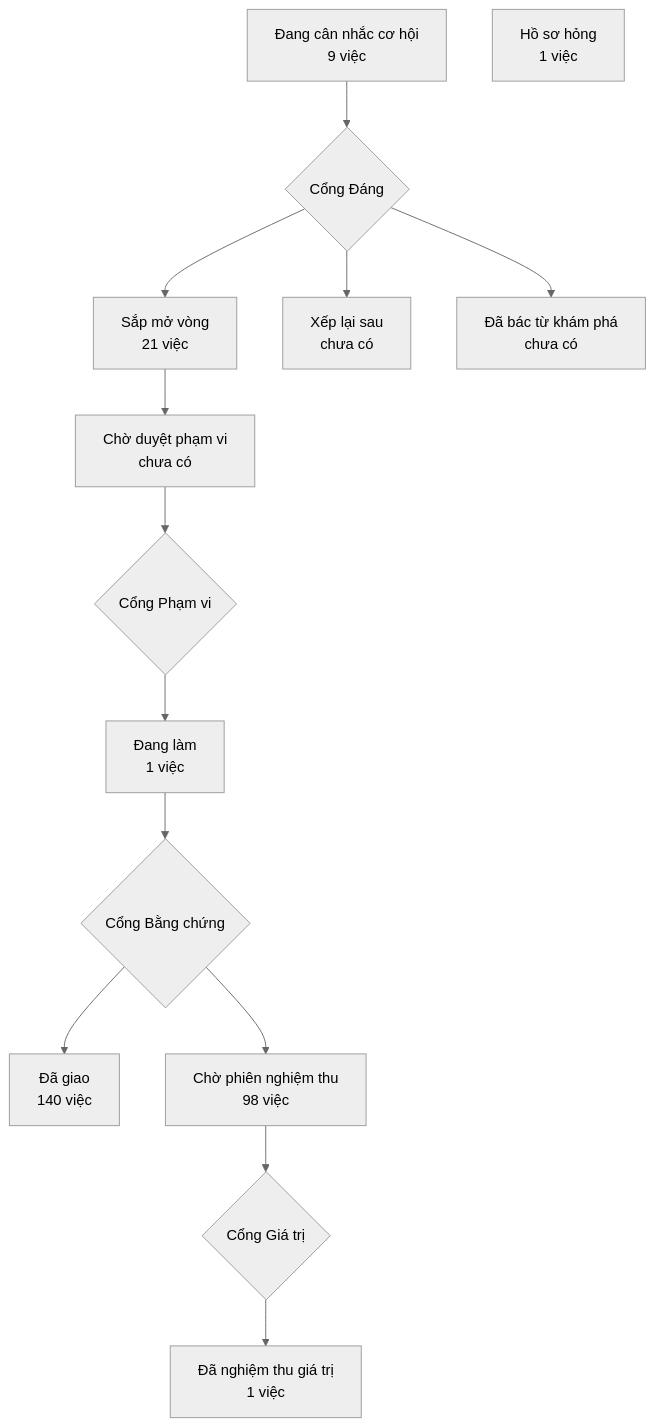
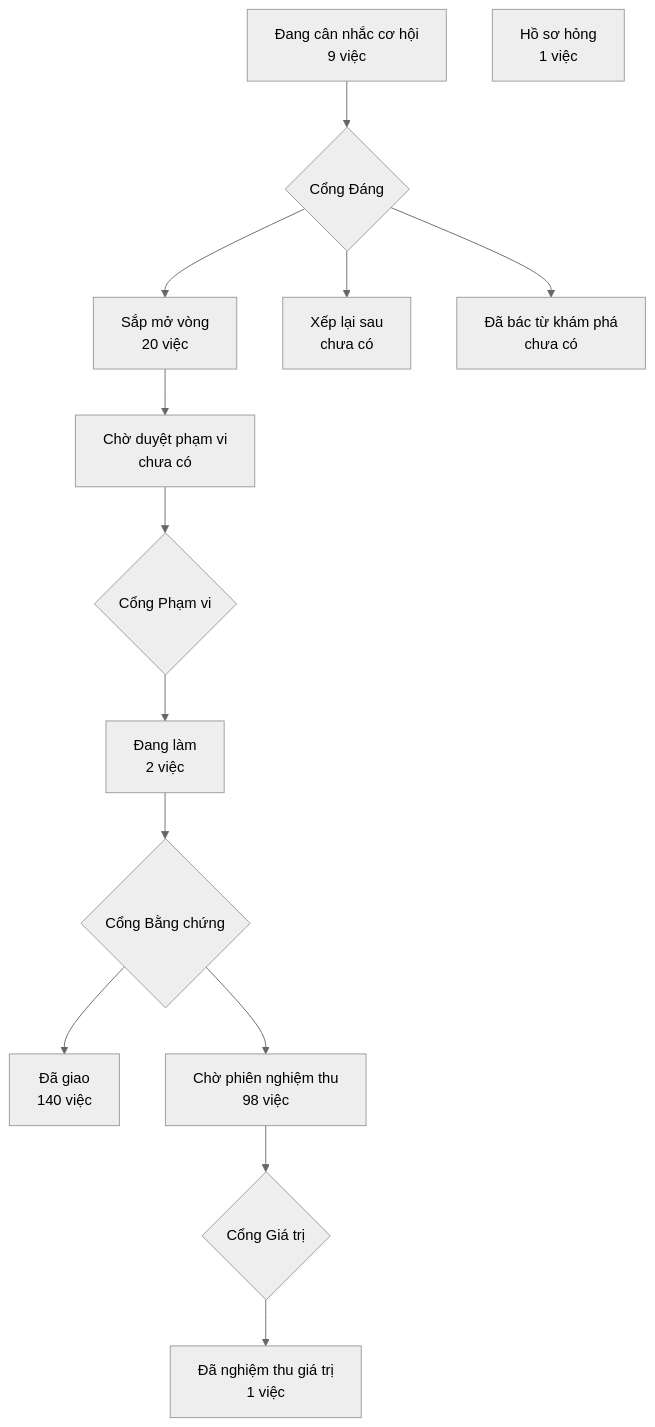
The diagram in PRODUCT-MAP.md (phanlemanh/crm-onehub), drawn with Mermaid (neutral theme) before and after one commit. The commit also changed other lines of this file and 4 other files, not shown here.

````diff
--- a/PRODUCT-MAP.md
+++ b/PRODUCT-MAP.md
@@ -7,13 +7,13 @@
 ```mermaid
 flowchart TD
   A["Đang cân nhắc cơ hội<br/>9 việc"] --> GD{"Cổng Đáng"}
-  GD --> B["Sắp mở vòng<br/>21 việc"]
+  GD --> B["Sắp mở vòng<br/>20 việc"]
   GD --> XL["Xếp lại sau<br/>chưa có"]
   GD --> DB["Đã bác từ khám phá<br/>chưa có"]
   B --> CD["Chờ duyệt phạm vi<br/>chưa có"] --> GP{"Cổng Phạm vi"}
-  GP --> DL["Đang làm<br/>1 việc"] --> GB{"Cổng Bằng chứng"}
+  GP --> DL["Đang làm<br/>2 việc"] --> GB{"Cổng Bằng chứng"}
   GB --> DG["Đã giao<br/>140 việc"]
   GB --> CN["Chờ phiên nghiệm thu<br/>98 việc"] --> GG{"Cổng Giá trị"}
   GG --> NT["Đã nghiệm thu giá trị<br/>1 việc"]
   HS["Hồ sơ hỏng<br/>1 việc"]
 ```
````
